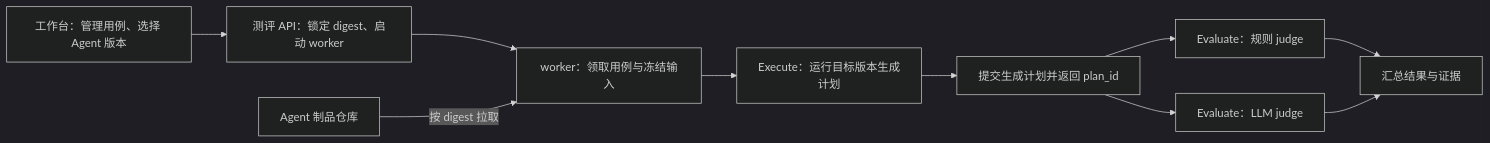
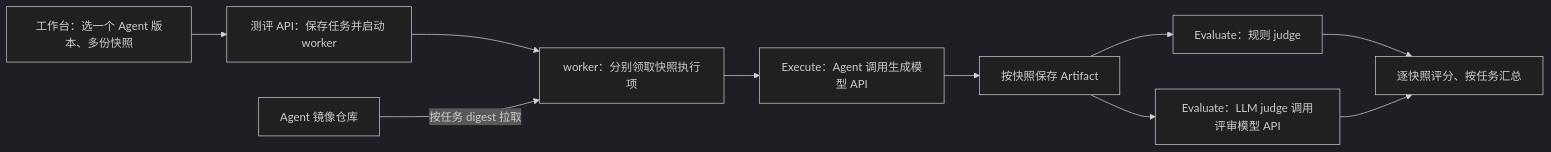
The first of 2 diagrams in docs/superpowers/specs/2026-11-23-offline-plan-eval.md (zhaochy1990/running), drawn with Mermaid (dark theme) before and after one commit. The commit also changed other lines of this file and 1 other file, not shown here.

Commit message:
docs: 以测评任务绑定 Agent 版本、多跑者快照与 Artifact

````diff
--- a/docs/superpowers/specs/2026-11-23-offline-plan-eval.md
+++ b/docs/superpowers/specs/2026-11-23-offline-plan-eval.md
@@ -30,12 +28,12 @@
 ```mermaid
 flowchart LR
-    UI["工作台：管理用例、选择 Agent 版本"] --> API["测评 API：锁定 digest、启动 worker"]
-    API --> W["worker：领取用例与冻结输入"]
-    REG["Agent 制品仓库"] -->|按 digest 拉取| W
-    W --> EX["Execute：运行目标版本生成计划"]
-    EX --> STORE["提交生成计划并返回 plan_id"]
+    UI["工作台：选一个 Agent 版本、多份快照"] --> API["测评 API：保存任务并启动 worker"]
+    API --> W["worker：分别领取快照执行项"]
+    REG["Agent 镜像仓库"] -->|按任务 digest 拉取| W
+    W --> EX["Execute：Agent 调用生成模型 API"]
+    EX --> STORE["按快照保存 Artifact"]
     STORE --> RULE["Evaluate：规则 judge"]
-    STORE --> LLM["Evaluate：LLM judge"]
-    RULE --> REP["汇总结果与证据"]
+    STORE --> LLM["Evaluate：LLM judge 调用评审模型 API"]
+    RULE --> REP["逐快照评分、按任务汇总"]
     LLM --> REP
 ```
````
